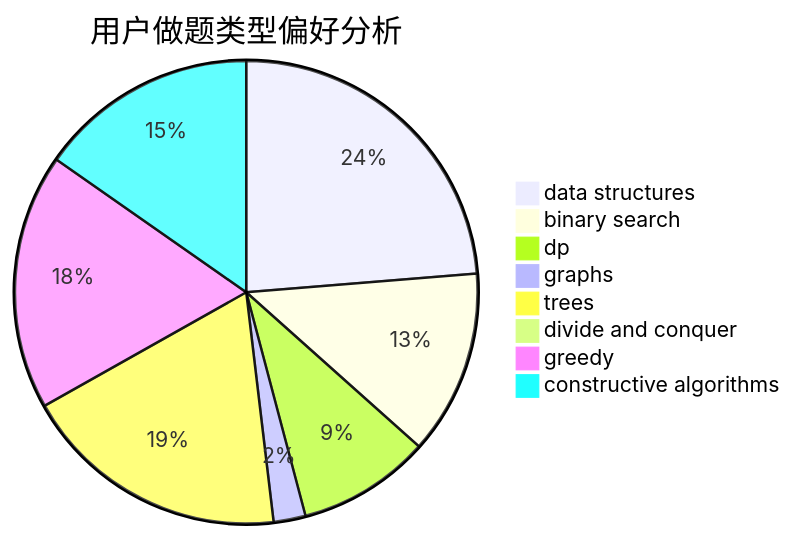
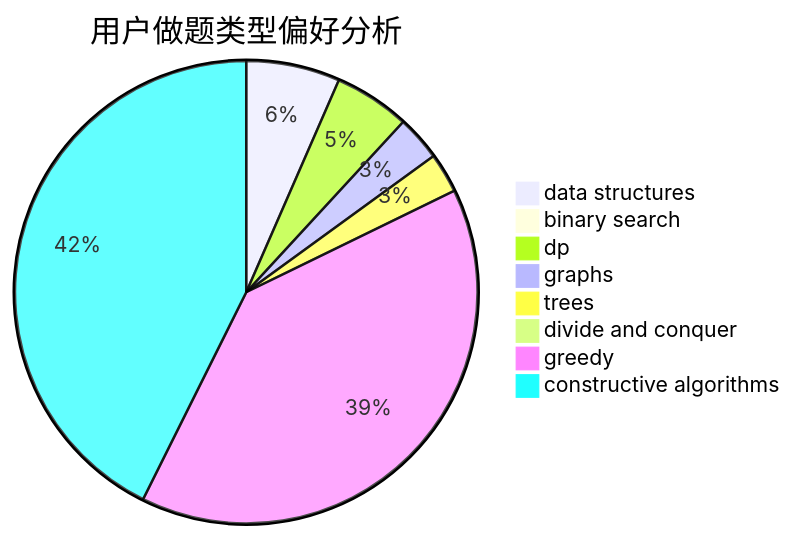
The second of 3 diagrams in docs/user/u594.md (sherpahu/cfrs.github.io), drawn with Mermaid before and after one commit. The commit also changed other lines of this file and 2770 other files, not shown here.

````diff
--- a/docs/user/u594.md
+++ b/docs/user/u594.md
@@ -23,11 +23,11 @@
 ```mermaid
 pie title 用户做题类型偏好分析
-    "data structures" :  138
-    "binary search" :  75
-    "dp" :  54
-    "graphs" :  13
-    "trees" :  109
+    "data structures" :  73
+    "binary search" :  10
+    "dp" :  59
+    "graphs" :  35
+    "trees" :  31
     "divide and conquer" :  0
-    "greedy" :  104
-    "constructive algorithms" :  89
+    "greedy" :  441
+    "constructive algorithms" :  475
 ```
````
